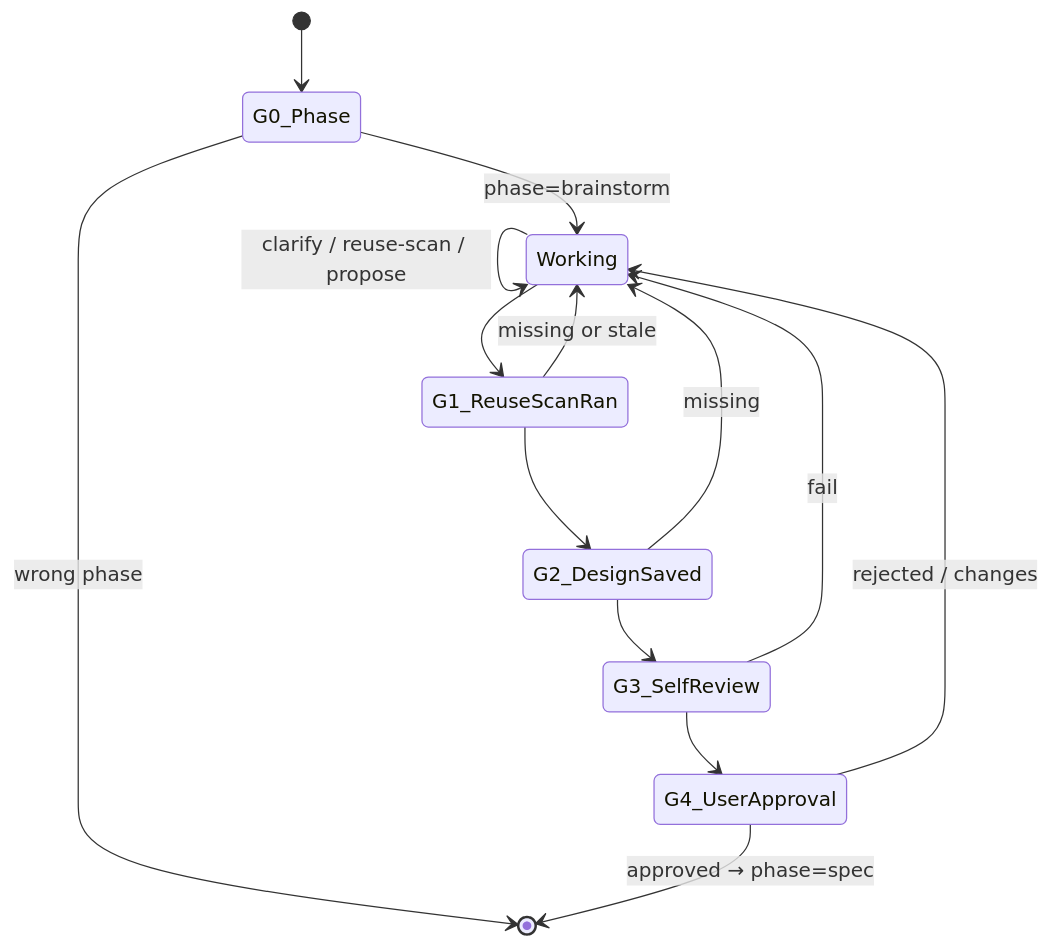
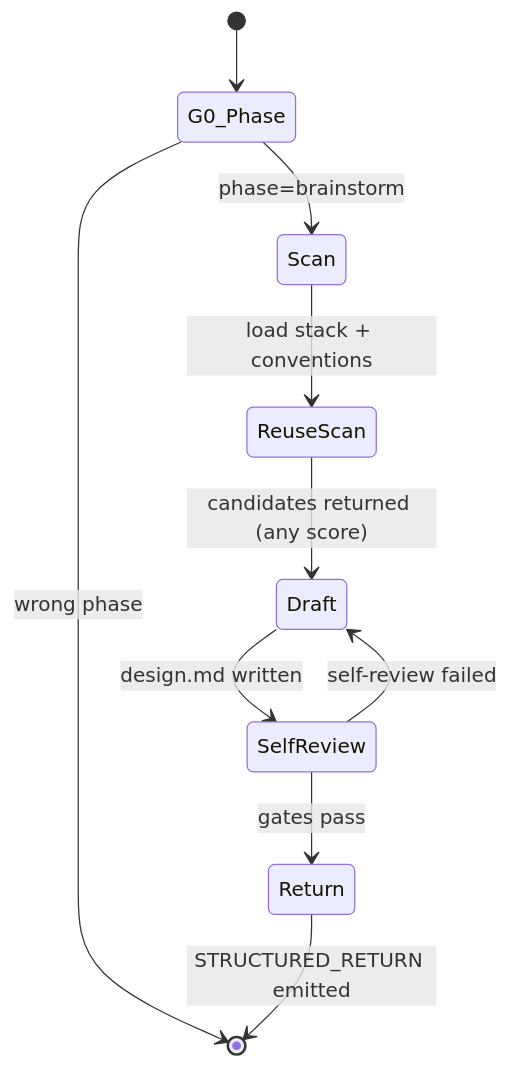
Before and after one commit to taipt1504/claudehut: the diagram in agents/claudehut-brainstormer.md, drawn with Mermaid. The commit also changed other lines of this file and 5 other files, not shown here.

First line of the commit message:
fix(brainstorm): scan-and-return subagent + main-thread AskUserQuestion loop

````diff
--- a/agents/claudehut-brainstormer.md
+++ b/agents/claudehut-brainstormer.md
@@ -16,16 +29,12 @@
 ```mermaid
 stateDiagram-v2
     [*] --> G0_Phase
     G0_Phase --> [*]: wrong phase
-    G0_Phase --> Working: phase=brainstorm
-    Working --> Working: clarify / reuse-scan / propose
-    Working --> G1_ReuseScanRan
-    G1_ReuseScanRan --> Working: missing or stale
-    G1_ReuseScanRan --> G2_DesignSaved
-    G2_DesignSaved --> Working: missing
-    G2_DesignSaved --> G3_SelfReview
-    G3_SelfReview --> Working: fail
-    G3_SelfReview --> G4_UserApproval
-    G4_UserApproval --> Working: rejected / changes
-    G4_UserApproval --> [*]: approved → phase=spec
+    G0_Phase --> Scan: phase=brainstorm
+    Scan --> ReuseScan: load stack + conventions
+    ReuseScan --> Draft: candidates returned (any score)
+    Draft --> SelfReview: design.md written
+    SelfReview --> Return: gates pass
+    SelfReview --> Draft: self-review failed
+    Return --> [*]: STRUCTURED_RETURN emitted
 ```
````
